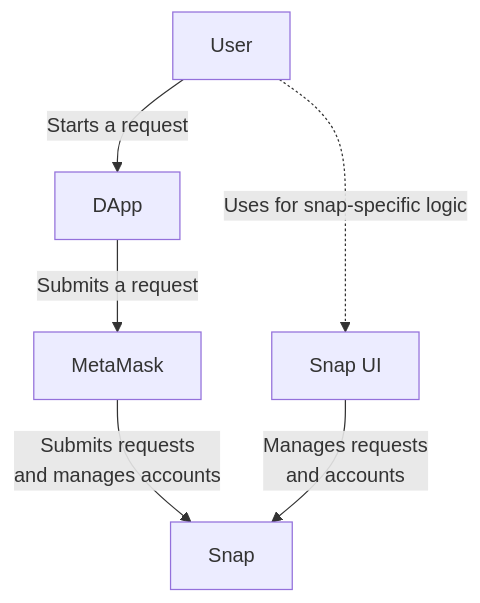
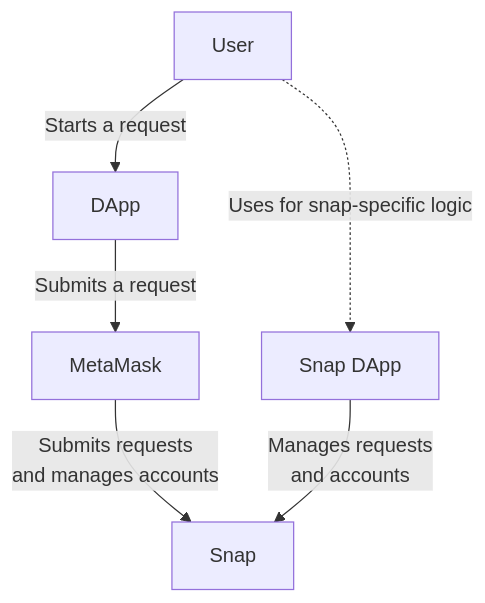
The first of 4 diagrams in docs/architecture.md (MetaMask/keyring-api), drawn with Mermaid before and after one commit. The commit also changed other lines of this file, not shown here.

Commit message:
docs: rename "snap UI" to "snap dapp"

````diff
--- a/docs/architecture.md
+++ b/docs/architecture.md
@@ -26,8 +26,8 @@
 ```mermaid
 graph TD
   User -->|Starts a request| DApp
   DApp -->|Submits a request| MetaMask
   MetaMask -->|Submits requests<br/>and manages accounts| Snap
-  Site[Snap UI] -->|Manages requests<br/>and accounts| Snap
+  Site[Snap DApp] -->|Manages requests<br/>and accounts| Snap
   User -.->|Uses for snap-specific logic| Site
 ```
````
